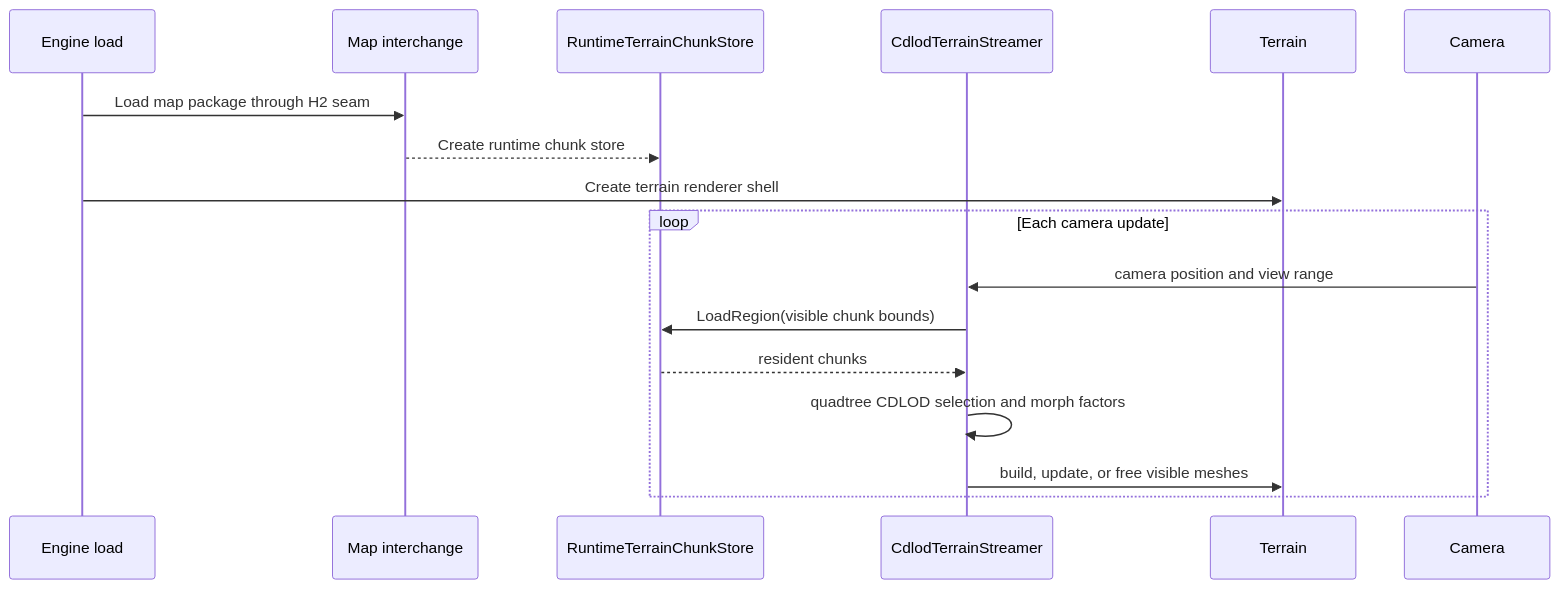
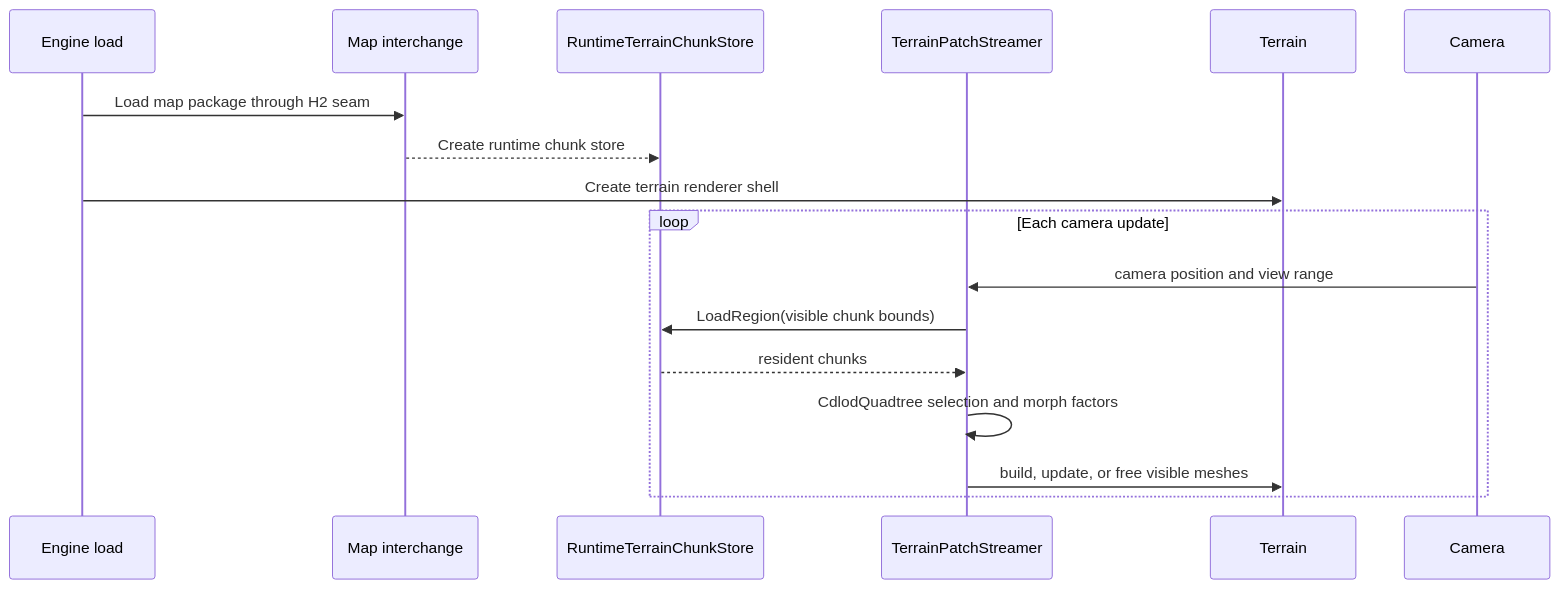
The second of 3 diagrams in docs/roadmap/deep-dives/b4a-larger-maps.md (rmessinger/Panopticon), drawn with Mermaid before and after one commit. The commit also changed other lines of this file, not shown here.

Commit message:
B4a-12: design CDLOD terrain streaming seams (WI-B4a-07)

````diff
--- a/docs/roadmap/deep-dives/b4a-larger-maps.md
+++ b/docs/roadmap/deep-dives/b4a-larger-maps.md
@@ -484,20 +562,20 @@
 ```mermaid
 sequenceDiagram
   participant E as Engine load
   participant H2 as Map interchange
   participant Store as RuntimeTerrainChunkStore
-  participant Streamer as CdlodTerrainStreamer
+  participant Streamer as TerrainPatchStreamer
   participant Terrain as Terrain
   participant Camera as Camera
 
   E->>H2: Load map package through H2 seam
   H2-->>Store: Create runtime chunk store
   E->>Terrain: Create terrain renderer shell
   loop Each camera update
     Camera->>Streamer: camera position and view range
     Streamer->>Store: LoadRegion(visible chunk bounds)
     Store-->>Streamer: resident chunks
-    Streamer->>Streamer: quadtree CDLOD selection and morph factors
+    Streamer->>Streamer: CdlodQuadtree selection and morph factors
     Streamer->>Terrain: build, update, or free visible meshes
   end
 ```
````
